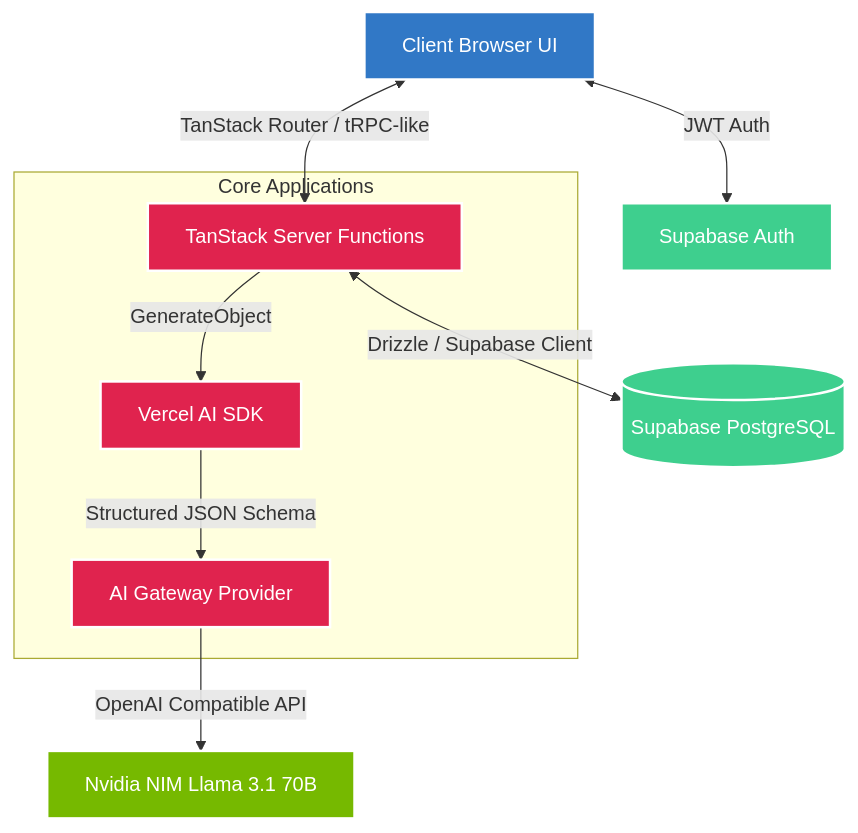
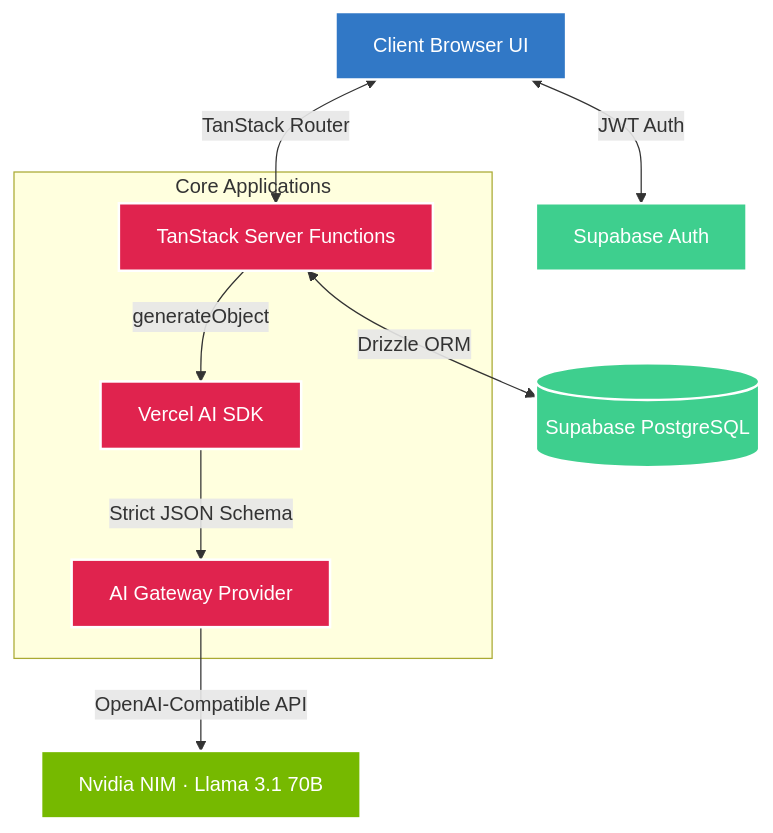
Before and after one commit to kh-bikash/MLSuite: the diagram in README.md, drawn with Mermaid. The commit also changed other lines of this file, not shown here.

````diff
--- a/README.md
+++ b/README.md
@@ -17,31 +41,28 @@
 ```mermaid
 graph TD
-    %% Styling
     classDef frontend fill:#3178c6,stroke:#fff,stroke-width:2px,color:#fff;
     classDef backend fill:#e0234e,stroke:#fff,stroke-width:2px,color:#fff;
     classDef ai fill:#76b900,stroke:#fff,stroke-width:2px,color:#fff;
     classDef db fill:#3ecf8e,stroke:#fff,stroke-width:2px,color:#fff;
 
-    %% Nodes
     UI[Client Browser UI]:::frontend
     TS[TanStack Server Functions]:::backend
     Supabase[(Supabase PostgreSQL)]:::db
     Auth[Supabase Auth]:::db
     Gateway[AI Gateway Provider]:::backend
-    NIM[Nvidia NIM Llama 3.1 70B]:::ai
+    NIM[Nvidia NIM · Llama 3.1 70B]:::ai
     VercelAI[Vercel AI SDK]:::backend
 
-    %% Connections
-    UI <-->|TanStack Router / tRPC-like| TS
+    UI <-->|TanStack Router| TS
     UI <-->|JWT Auth| Auth
-    TS <-->|Drizzle / Supabase Client| Supabase
-    TS -->|GenerateObject| VercelAI
-    VercelAI -->|Structured JSON Schema| Gateway
-    Gateway -->|OpenAI Compatible API| NIM
-    
+    TS <-->|Drizzle ORM| Supabase
+    TS -->|generateObject| VercelAI
+    VercelAI -->|Strict JSON Schema| Gateway
+    Gateway -->|OpenAI-Compatible API| NIM
+
     subgraph "Core Applications"
         TS
         VercelAI
         Gateway
     end
 ```
````
